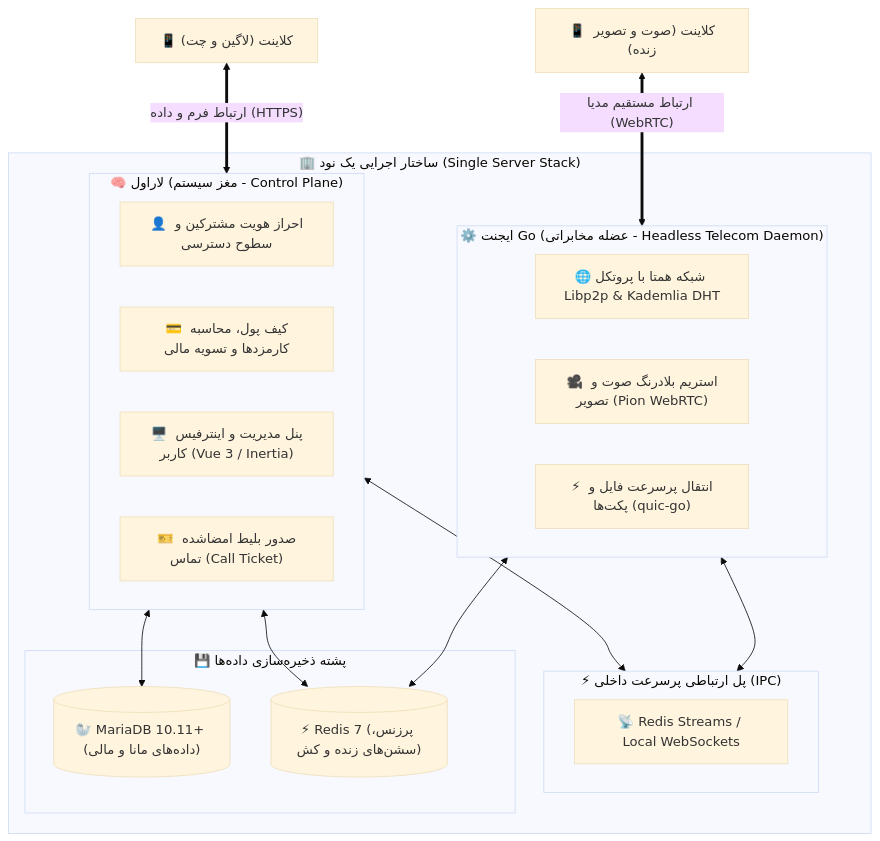
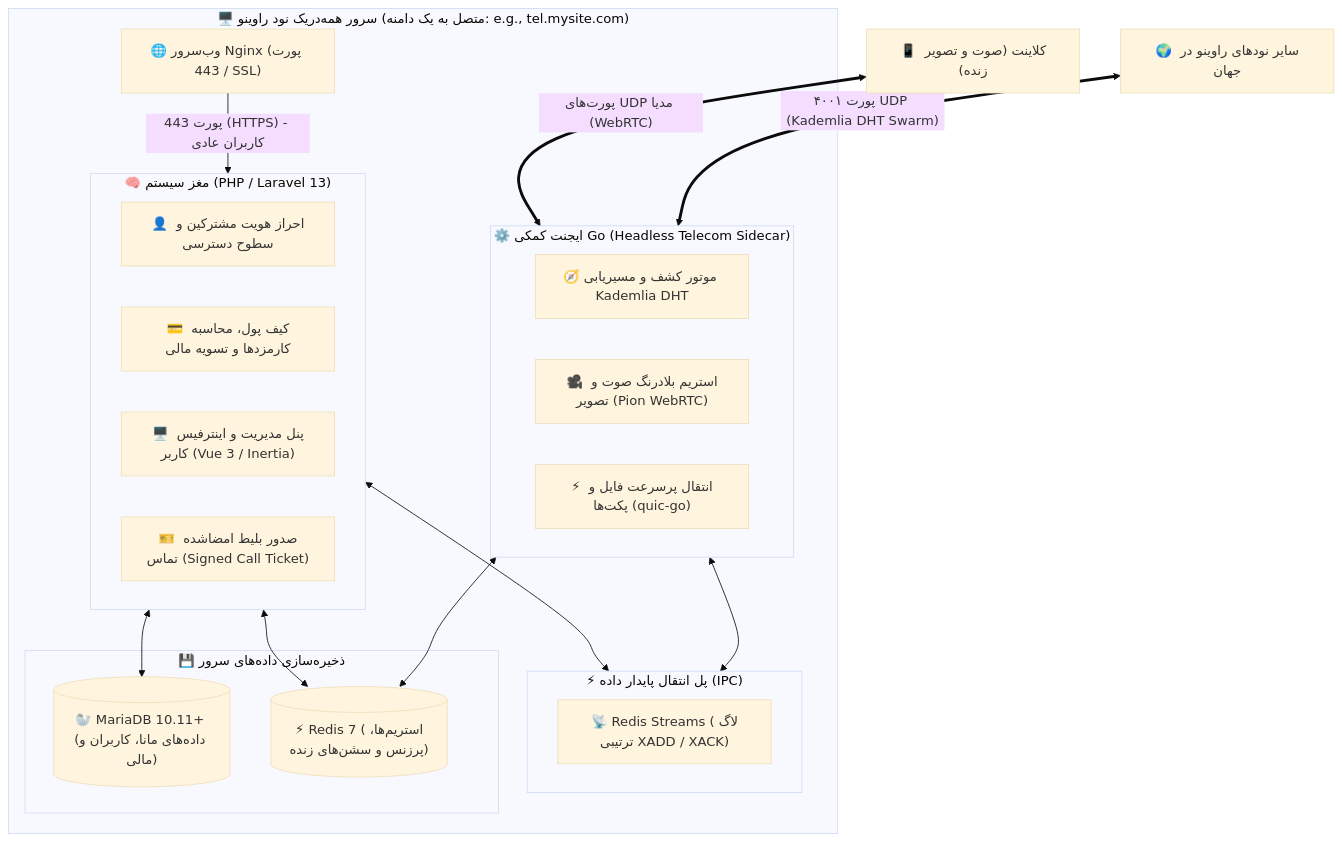
The second of 2 diagrams in BLOCKCHAIN_TELECOM_FOUNDATION_SPEC.md (shanaqisaeed/GetNumber), drawn with Mermaid (base theme) before and after one commit. The commit also changed other lines of this file and 106 other files, not shown here.

````diff
--- a/BLOCKCHAIN_TELECOM_FOUNDATION_SPEC.md
+++ b/BLOCKCHAIN_TELECOM_FOUNDATION_SPEC.md
@@ -70,35 +74,38 @@
 ```mermaid
 flowchart TD
-    subgraph Single_Node ["🏢 ساختار اجرایی یک نود (Single Server Stack)"]
-        subgraph Brain ["🧠 لاراول (مغز سیستم - Control Plane)"]
+    subgraph Turnkey_Server ["🖥️ سرور همه‌دریک نود راوینو (متصل به یک دامنه: e.g., tel.mysite.com)"]
+        Nginx["🌐 وب‌سرور Nginx (پورت 443 / SSL)"]
+        
+        subgraph Brain_Layer ["🧠 مغز سیستم (PHP / Laravel 13)"]
             Auth["👤 احراز هویت مشترکین و سطوح دسترسی"]
             Billing["💳 کیف پول، محاسبه کارمزدها و تسویه مالی"]
             WebUI["🖥️ پنل مدیریت و اینترفیس کاربر (Vue 3 / Inertia)"]
-            TicketIssuer["🎫 صدور بلیط امضاشده تماس (Call Ticket)"]
+            TicketIssuer["🎫 صدور بلیط امضاشده تماس (Signed Call Ticket)"]
         end
 
-        subgraph Inter_Process ["⚡ پل ارتباطی پرسرعت داخلی (IPC)"]
-            RedisStreams["📡 Redis Streams / Local WebSockets"]
+        subgraph Inter_Process ["⚡ پل انتقال پایدار داده (IPC)"]
+            RedisStreams["📡 Redis Streams (لاگ ترتیبی XADD / XACK)"]
         end
 
-        subgraph Muscle ["⚙️ ایجنت Go (عضله مخابراتی - Headless Telecom Daemon)"]
-            P2PMesh["🌐 شبکه همتا با پروتکل Libp2p & Kademlia DHT"]
+        subgraph Muscle_Layer ["⚙️ ایجنت کمکی Go (Headless Telecom Sidecar)"]
+            KademliaEngine["🧭 موتور کشف و مسیریابی Kademlia DHT"]
             WebRTCEngine["🎥 استریم بلادرنگ صوت و تصویر (Pion WebRTC)"]
             QUICRouter["⚡ انتقال پرسرعت فایل و پکت‌ها (quic-go)"]
         end
 
-        subgraph Storage ["💾 پشته ذخیره‌سازی داده‌ها"]
-            MariaDB[("🦭 MariaDB 10.11+ (داده‌های مانا و مالی)")]
-            RedisDB[("⚡ Redis 7 (پرزنس، سشن‌های زنده و کش)")]
+        subgraph Storage_Layer ["💾 ذخیره‌سازی داده‌های سرور"]
+            MariaDB[("🦭 MariaDB 10.11+ (داده‌های مانا، کاربران و مالی)")]
+            RedisDB[("⚡ Redis 7 (استریم‌ها، پرزنس و سشن‌های زنده)")]
         end
 
-        Brain <--> MariaDB
-        Brain <--> RedisDB
-        Brain <--> Inter_Process
-        Muscle <--> Inter_Process
-        Muscle <--> RedisDB
+        Nginx -- "پورت 443 (HTTPS) - کاربران عادی" --> Brain_Layer
+        Brain_Layer <--> MariaDB
+        Brain_Layer <--> RedisDB
+        Brain_Layer <--> Inter_Process
+        Muscle_Layer <--> Inter_Process
+        Muscle_Layer <--> RedisDB
     end
 
-    ClientMedia["📱 کلاینت (صوت و تصویر زنده)"] <== "ارتباط مستقیم مدیا (WebRTC)" ==> Muscle
-    ClientControl["📱 کلاینت (لاگین و چت)"] <== "ارتباط فرم و داده (HTTPS)" ==> Brain
+    ClientMedia["📱 کلاینت (صوت و تصویر زنده)"] <== "پورت‌های UDP مدیا (WebRTC)" ==> Muscle_Layer
+    OtherNodes["🌍 سایر نودهای راوینو در جهان"] <== "پورت ۴۰۰۱ UDP (Kademlia DHT Swarm)" ==> Muscle_Layer
 ```
````
